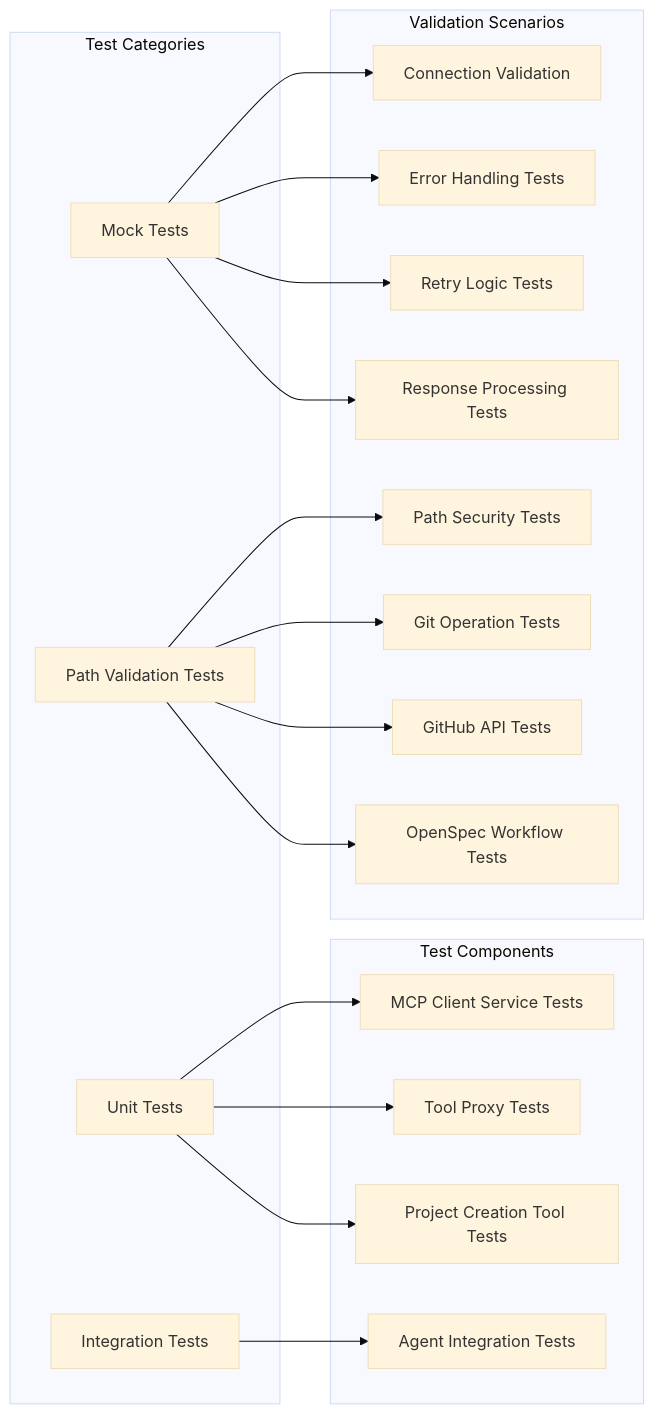
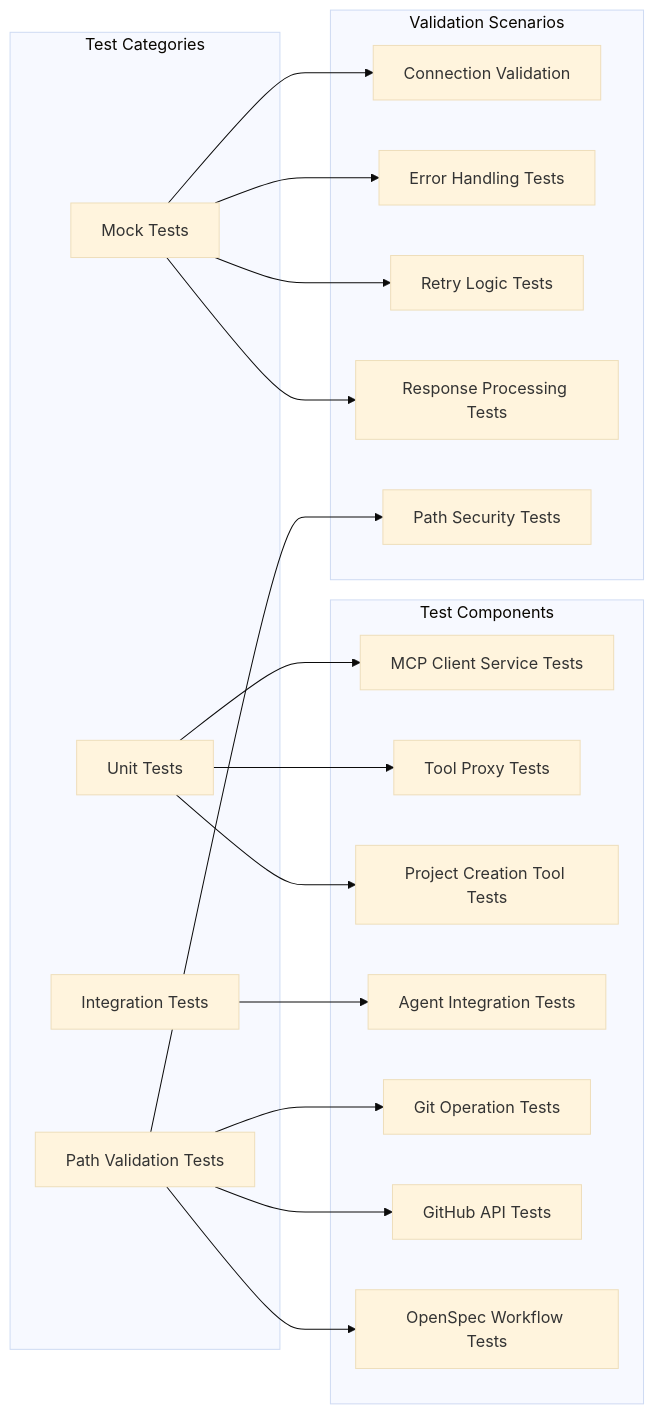
One commit to siimliimand/laravel-assistant changed the ninth of 9 diagrams in .qoder/repowiki/en/content/AI Integration System/Agent System/MCP Client Integration System.md. Above: the diagram before and after it, drawn with Mermaid (base theme). The commit also changed other lines of this file and 12 other files, not shown here.

First line of the commit message:
docs(ai): add architectural and actions layer specifications

````diff
--- a/.qoder/repowiki/en/content/AI Integration System/Agent System/MCP Client Integration System.md
+++ b/.qoder/repowiki/en/content/AI Integration System/Agent System/MCP Client Integration System.md
@@ -516,38 +502,41 @@
 ```mermaid
 graph LR
 subgraph "Test Categories"
 UnitTests[Unit Tests]
 IntegrationTests[Integration Tests]
 MockTests[Mock Tests]
 SecurityTests[Security Tests]
 end
 subgraph "Test Components"
 ServiceTests[MCP Client Service Tests]
 ToolTests[Tool Proxy Tests]
 ProjectToolTests[Project Creation Tool Tests]
 AgentTests[Agent Integration Tests]
 SecurityTests[Path Validation Tests]
+GitOperations[Git Operation Tests]
+GitHubAPI[GitHub API Tests]
+OpenSpecWorkflow[OpenSpec Workflow Tests]
 end
 subgraph "Validation Scenarios"
 ConnectionValidation[Connection Validation]
 ErrorHandling[Error Handling Tests]
 RetryLogic[Retry Logic Tests]
 ResponseProcessing[Response Processing Tests]
 PathSecurity[Path Security Tests]
 GitOperations[Git Operation Tests]
 GitHubAPI[GitHub API Tests]
 OpenSpecWorkflow[OpenSpec Workflow Tests]
 end
 UnitTests --> ServiceTests
 UnitTests --> ToolTests
 UnitTests --> ProjectToolTests
 IntegrationTests --> AgentTests
 MockTests --> ConnectionValidation
 MockTests --> ErrorHandling
 MockTests --> RetryLogic
 MockTests --> ResponseProcessing
 SecurityTests --> PathSecurity
 SecurityTests --> GitOperations
 SecurityTests --> GitHubAPI
 SecurityTests --> OpenSpecWorkflow
 ```
````
